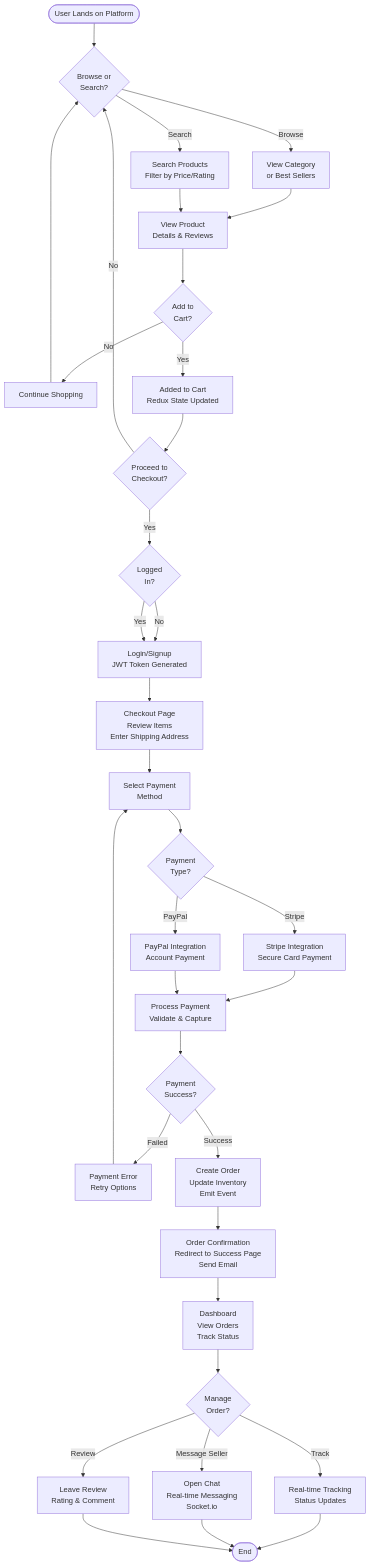
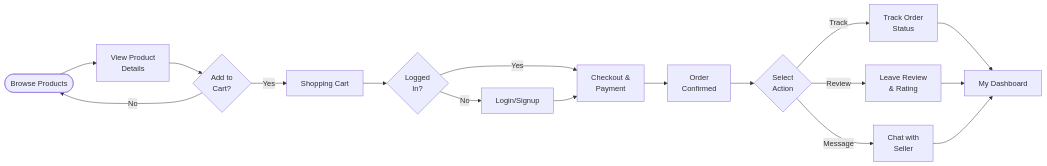
Before and after one commit to sheraz61/Multi-Vendor-Ecom: the third of 6 diagrams in README.md, drawn with Mermaid.

Commit message:
readme fix

````diff
--- a/README.md
+++ b/README.md
@@ -191,54 +191,19 @@
 ```mermaid
-graph TD
-  Start([User Lands on Platform]) --> Browse{Browse or<br/>Search?}
-  
-  Browse -->|Browse| Category["View Category<br/>or Best Sellers"]
-  Browse -->|Search| Search["Search Products<br/>Filter by Price/Rating"]
-  
-  Category --> ViewProduct["View Product<br/>Details & Reviews"]
-  Search --> ViewProduct
-  
-  ViewProduct --> AddCart{Add to<br/>Cart?}
-  AddCart -->|No| Continue["Continue Shopping"]
-  AddCart -->|Yes| CartAdd["Added to Cart<br/>Redux State Updated"]
-  
-  Continue --> Browse
-  
-  CartAdd --> CheckCart{Proceed to<br/>Checkout?}
-  CheckCart -->|No| Browse
-  CheckCart -->|Yes| Login{Logged<br/>In?}
-  
-  Login -->|No| AuthPage["Login/Signup<br/>JWT Token Generated"]
-  Login -->|Yes| AuthPage
-  
-  AuthPage --> Checkout["Checkout Page<br/>Review Items<br/>Enter Shipping Address"]
-  
-  Checkout --> SelectPayment["Select Payment<br/>Method"]
-  
-  SelectPayment --> Payment{Payment<br/>Type?}
-  Payment -->|Stripe| StripePayment["Stripe Integration<br/>Secure Card Payment"]
-  Payment -->|PayPal| PayPalPayment["PayPal Integration<br/>Account Payment"]
-  
-  StripePayment --> ProcessPayment["Process Payment<br/>Validate & Capture"]
-  PayPalPayment --> ProcessPayment
-  
-  ProcessPayment --> PaymentSuccess{Payment<br/>Success?}
-  
-  PaymentSuccess -->|Failed| PaymentError["Payment Error<br/>Retry Options"]
-  PaymentError --> SelectPayment
-  
-  PaymentSuccess -->|Success| CreateOrder["Create Order<br/>Update Inventory<br/>Emit Event"]
-  
-  CreateOrder --> OrderSuccess["Order Confirmation<br/>Redirect to Success Page<br/>Send Email"]
-  
-  OrderSuccess --> Dashboard["Dashboard<br/>View Orders<br/>Track Status"]
-  
-  Dashboard --> ManageOrder{Manage<br/>Order?}
-  ManageOrder -->|Track| TrackOrder["Real-time Tracking<br/>Status Updates"]
-  ManageOrder -->|Message Seller| StartChat["Open Chat<br/>Real-time Messaging<br/>Socket.io"]
-  ManageOrder -->|Review| Review["Leave Review<br/>Rating & Comment"]
-  
-  TrackOrder --> End([End])
-  StartChat --> End
-  Review --> End
+graph LR
+  Start([Browse Products]) --> View["View Product<br/>Details"]
+  View --> Decision{Add to<br/>Cart?}
+  Decision -->|No| Start
+  Decision -->|Yes| Cart["Shopping Cart"]
+  Cart --> Auth{Logged<br/>In?}
+  Auth -->|No| Login["Login/Signup"]
+  Auth -->|Yes| Checkout["Checkout &<br/>Payment"]
+  Login --> Checkout
+  Checkout --> Confirm["Order<br/>Confirmed"]
+  Confirm --> Actions{Select<br/>Action}
+  Actions -->|Track| Track["Track Order<br/>Status"]
+  Actions -->|Review| Review["Leave Review<br/>& Rating"]
+  Actions -->|Message| Chat["Chat with<br/>Seller"]
+  Track --> Dashboard["My Dashboard"]
+  Review --> Dashboard
+  Chat --> Dashboard
 ```
````
